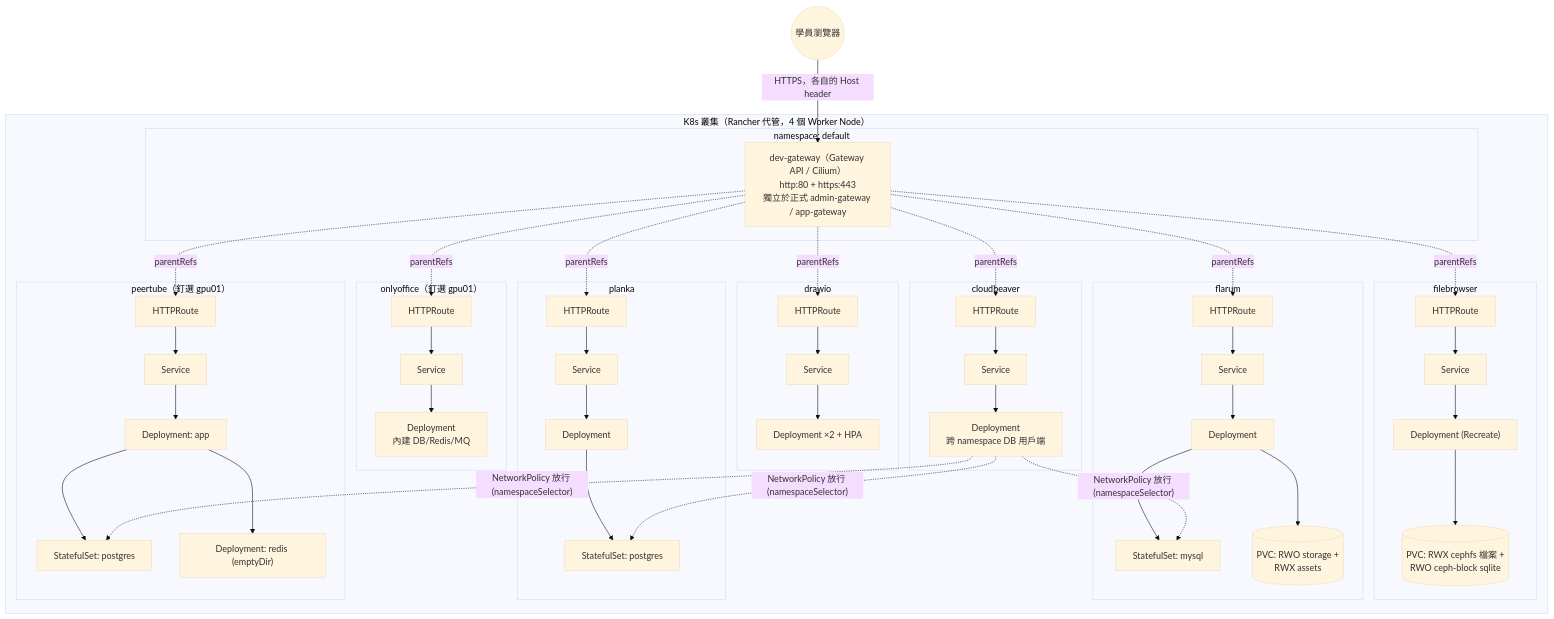
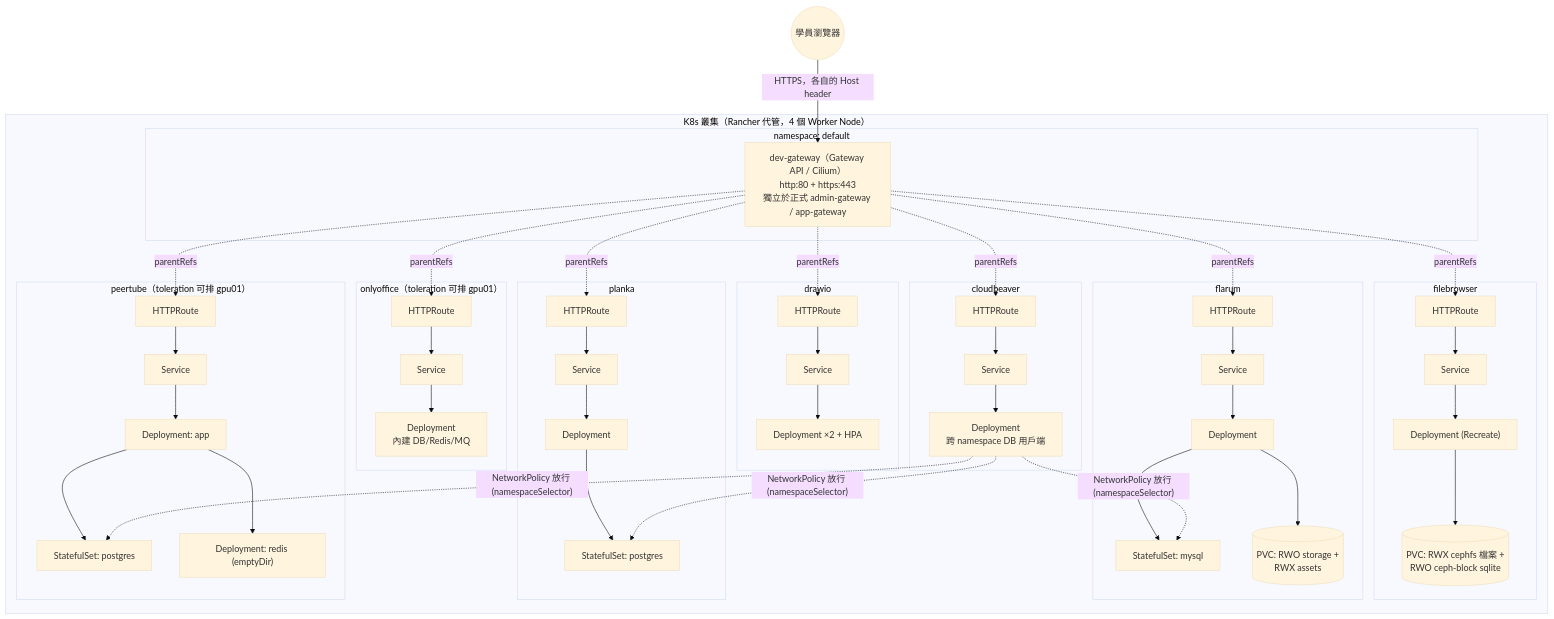
The diagram in README.md (AnnLeemocha/k8s-training), drawn with Mermaid (base theme) before and after one commit. The commit also changed other lines of this file and 52 other files, not shown here.

````diff
--- a/README.md
+++ b/README.md
@@ -27,50 +27,50 @@
 ```mermaid
 flowchart TB
     U(("學員瀏覽器"))
 
     subgraph Cluster["K8s 叢集（Rancher 代管，4 個 Worker Node）"]
         subgraph GWNS["namespace: default"]
             GW["dev-gateway（Gateway API / Cilium）\nhttp:80 + https:443\n獨立於正式 admin-gateway / app-gateway"]
         end
 
         subgraph N1["drawio"]
             R1["HTTPRoute"] --> S1["Service"] --> D1["Deployment ×2 + HPA"]
         end
         subgraph N2["filebrowser"]
             R2["HTTPRoute"] --> S2["Service"] --> D2["Deployment (Recreate)"]
             D2 --> PV2[("PVC: RWX cephfs 檔案 +\nRWO ceph-block sqlite")]
         end
         subgraph N3["flarum"]
             R3["HTTPRoute"] --> S3["Service"] --> D3["Deployment"]
             D3 --> SS3["StatefulSet: mysql"]
             D3 --> PV3[("PVC: RWO storage +\nRWX assets")]
         end
         subgraph N4["planka"]
             R4["HTTPRoute"] --> S4["Service"] --> D4["Deployment"]
             D4 --> SS4["StatefulSet: postgres"]
         end
-        subgraph N5["onlyoffice（釘選 gpu01）"]
+        subgraph N5["onlyoffice（toleration 可排 gpu01）"]
             R5["HTTPRoute"] --> S5["Service"] --> D5["Deployment\n內建 DB/Redis/MQ"]
         end
-        subgraph N6["peertube（釘選 gpu01）"]
+        subgraph N6["peertube（toleration 可排 gpu01）"]
             R6["HTTPRoute"] --> S6["Service"] --> D6["Deployment: app"]
             D6 --> SS6["StatefulSet: postgres"]
             D6 --> D6R["Deployment: redis (emptyDir)"]
         end
         subgraph N7["cloudbeaver"]
             R7["HTTPRoute"] --> S7["Service"] --> D7["Deployment\n跨 namespace DB 用戶端"]
         end
     end
 
     U -- "HTTPS，各自的 Host header" --> GW
     GW -.parentRefs.-> R1
     GW -.parentRefs.-> R2
     GW -.parentRefs.-> R3
     GW -.parentRefs.-> R4
     GW -.parentRefs.-> R5
     GW -.parentRefs.-> R6
     GW -.parentRefs.-> R7
     D7 -."NetworkPolicy 放行 (namespaceSelector)".-> SS3
     D7 -."NetworkPolicy 放行 (namespaceSelector)".-> SS4
     D7 -."NetworkPolicy 放行 (namespaceSelector)".-> SS6
 ```
````
